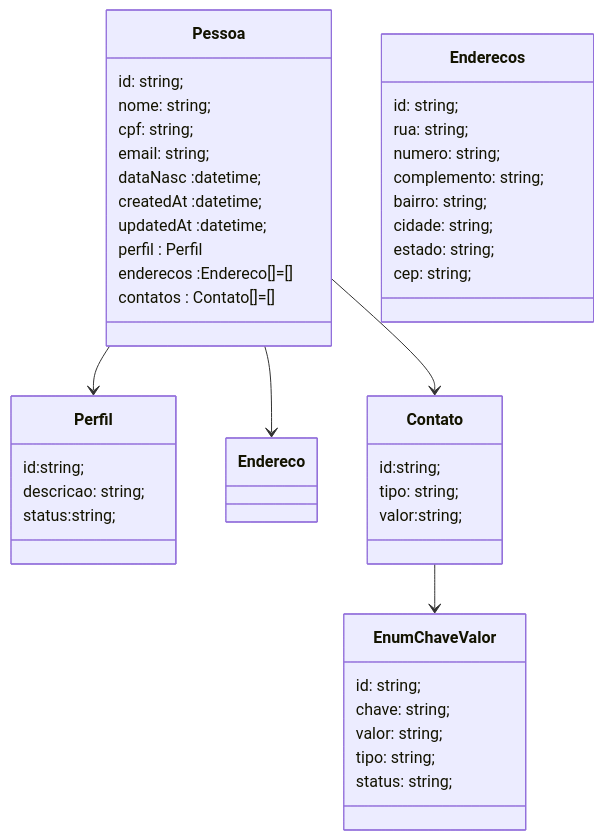
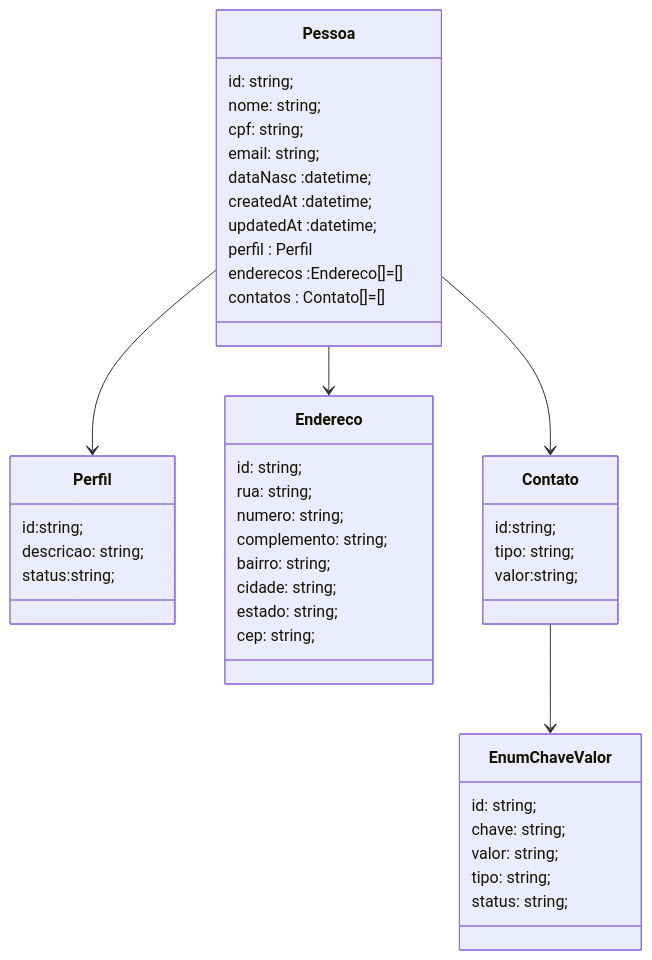
Before and after one commit to DantasRocha/FinancasTI: the diagram in Diagrama2.MD, drawn with Mermaid.

````diff
--- a/Diagrama2.MD
+++ b/Diagrama2.MD
@@ -5,54 +5,54 @@
 ```mermaid
 classDiagram
 
 
 Pessoa --> Perfil
 Pessoa --> Endereco
 Pessoa --> Contato
 Contato --> EnumChaveValor
 
 class Pessoa {
     id: string;
     nome: string;
     cpf: string;
     email: string;
     dataNasc :datetime;
     createdAt :datetime;
     updatedAt :datetime;
     perfil : Perfil
     enderecos :Endereco[]=[]
     contatos : Contato[]=[]
 }
 
 class Perfil{
    id:string;
    descricao: string;
    status:string;
 }
 
-class Enderecos {
+class Endereco {
     id: string;
     rua: string;
     numero: string;
     complemento: string;
     bairro: string;
     cidade: string;
     estado: string;
     cep: string;
 }
 
 class Contato{
    id:string;
    tipo: string;
    valor:string;
 }
 
 class EnumChaveValor{
     id: string;
     chave: string;
     valor: string;
     tipo: string;
     status: string;
 }
 
 ```
````
